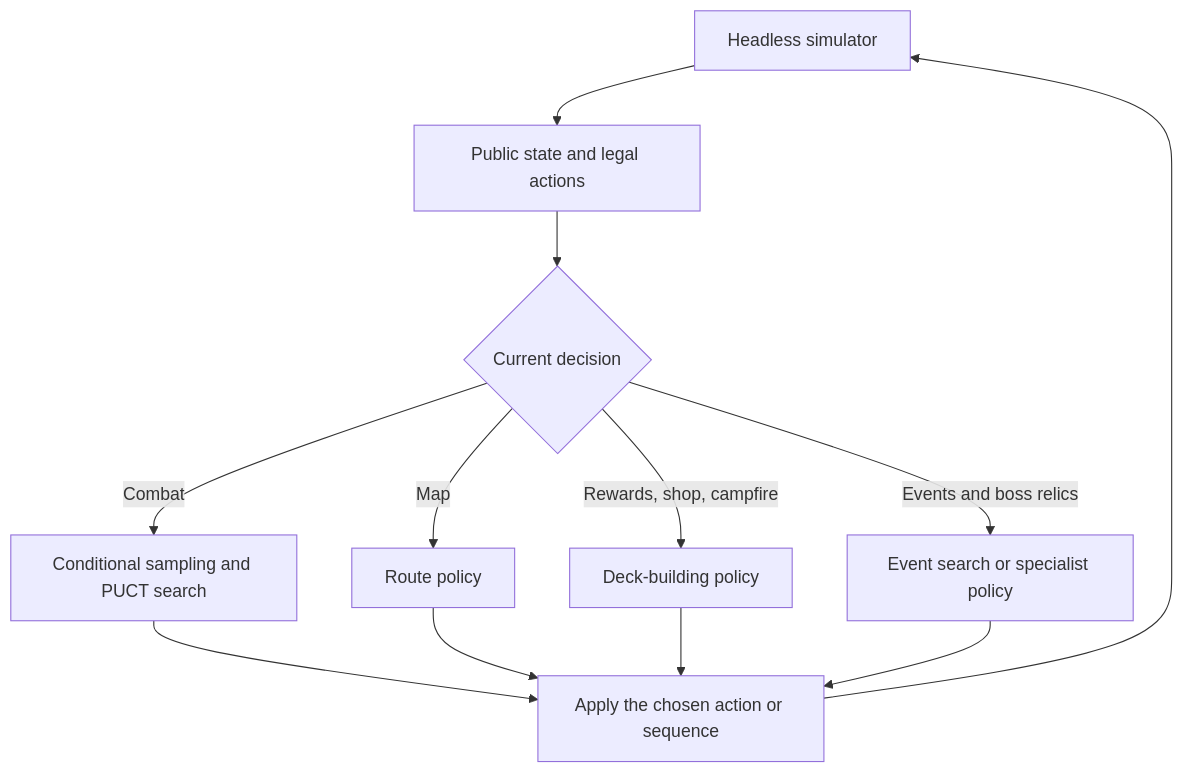
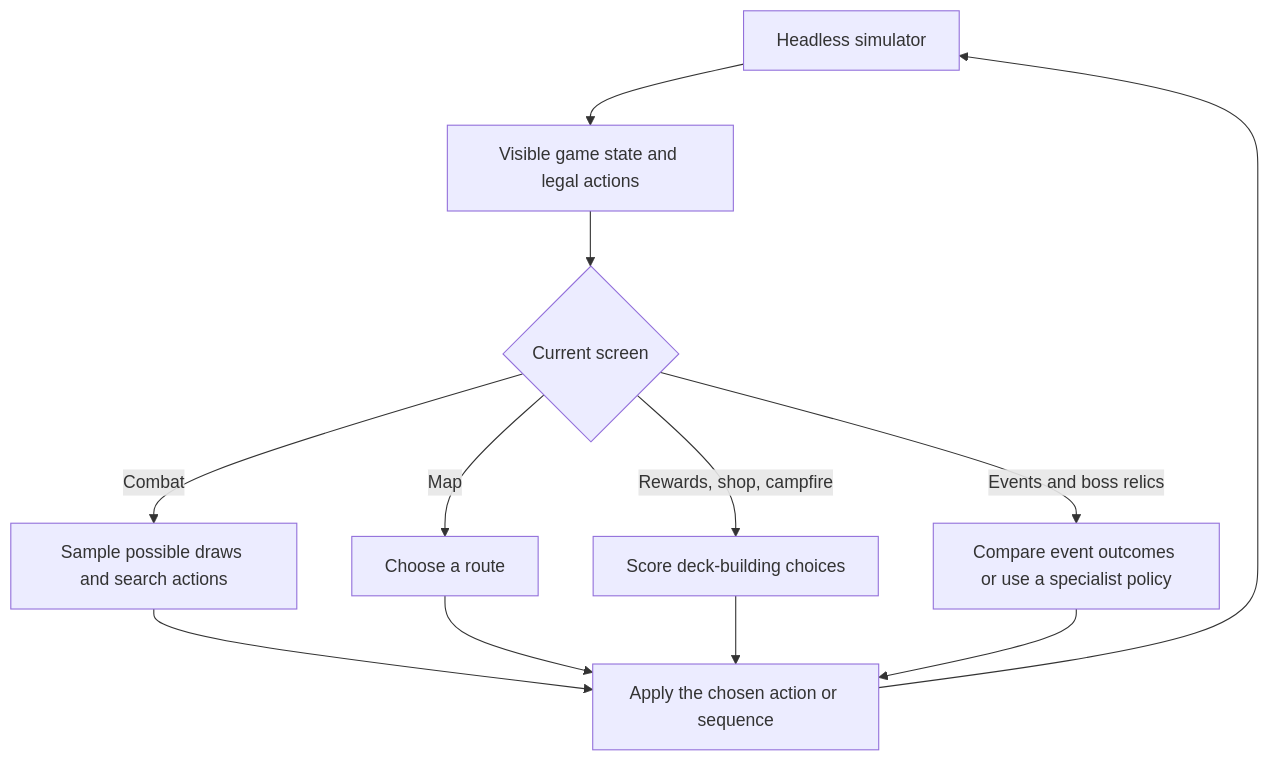
Before and after one commit to EthanH3514/slay_the_spire_ai: the diagram in README.md, drawn with Mermaid. The commit also changed other lines of this file and 5 other files, not shown here.

````diff
--- a/README.md
+++ b/README.md
@@ -17,14 +62,14 @@
 ```mermaid
 flowchart TD
-    simulator["Headless simulator"] --> observation["Public state and legal actions"]
-    observation --> decision{"Current decision"}
-    decision -->|Combat| combat["Conditional sampling and PUCT search"]
-    decision -->|Map| route["Route policy"]
-    decision -->|Rewards, shop, campfire| deck["Deck-building policy"]
-    decision -->|Events and boss relics| event["Event search or specialist policy"]
+    simulator["Headless simulator"] --> observation["Visible game state and legal actions"]
+    observation --> decision{"Current screen"}
+    decision -->|Combat| combat["Sample possible draws and search actions"]
+    decision -->|Map| route["Choose a route"]
+    decision -->|Rewards, shop, campfire| deck["Score deck-building choices"]
+    decision -->|Events and boss relics| event["Compare event outcomes or use a specialist policy"]
     combat --> execute["Apply the chosen action or sequence"]
     route --> execute
     deck --> execute
     event --> execute
     execute --> simulator
 ```
````
